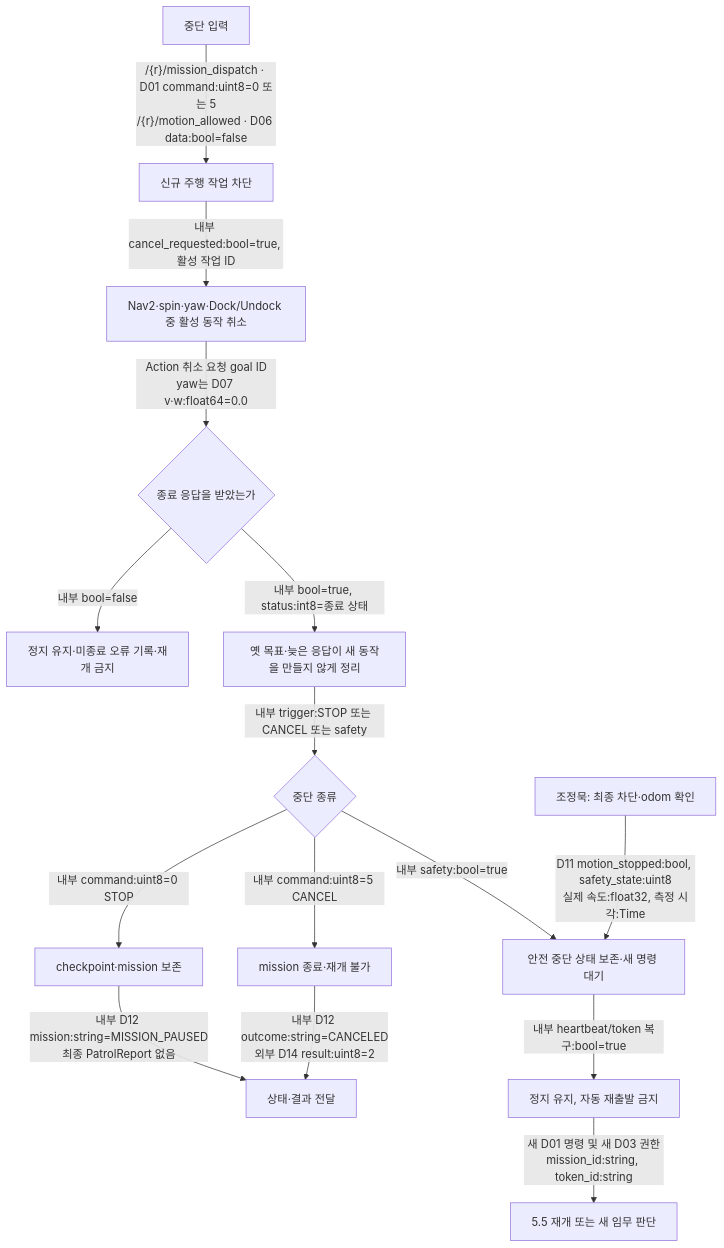
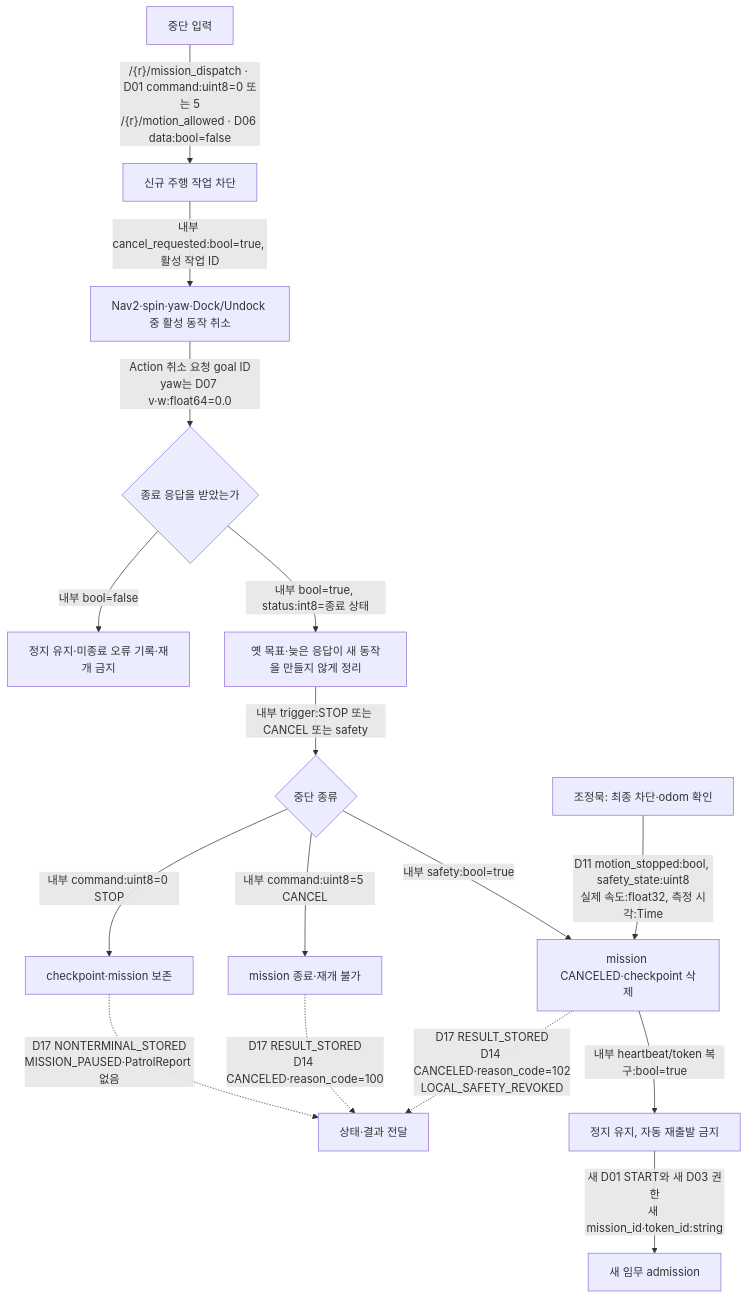
Before and after one commit to suuuhululu/patrol: the ninth of 10 diagrams in docs/amr_patrol_safety_flowchart.md, drawn with Mermaid. The commit also changed other lines of this file and 8 other files, not shown here.

````diff
--- a/docs/amr_patrol_safety_flowchart.md
+++ b/docs/amr_patrol_safety_flowchart.md
@@ -363,17 +409,18 @@
 ```mermaid
 flowchart TD
     I[중단 입력] -->|"/{r}/mission_dispatch · D01 command:uint8=0 또는 5<br/>/{r}/motion_allowed · D06 data:bool=false"| B[신규 주행 작업 차단]
     B -->|"내부 cancel_requested:bool=true, 활성 작업 ID"| C[Nav2·spin·yaw·Dock/Undock 중 활성 동작 취소]
     C -->|"Action 취소 요청 goal ID<br/>yaw는 D07 v·w:float64=0.0"| A{종료 응답을 받았는가}
     A -->|"내부 bool=false"| W[정지 유지·미종료 오류 기록·재개 금지]
     A -->|"내부 bool=true, status:int8=종료 상태"| K[옛 목표·늦은 응답이 새 동작을 만들지 않게 정리]
     K -->|"내부 trigger:STOP 또는 CANCEL 또는 safety"| T{중단 종류}
     T -->|"내부 command:uint8=0 STOP"| P[checkpoint·mission 보존]
-    P -->|"내부 D12 mission:string=MISSION_PAUSED<br/>최종 PatrolReport 없음"| O[상태·결과 전달]
+    P -.->|"D17 NONTERMINAL_STORED<br/>MISSION_PAUSED·PatrolReport 없음"| O[상태·결과 전달]
     T -->|"내부 command:uint8=5 CANCEL"| F[mission 종료·재개 불가]
-    F -->|"내부 D12 outcome:string=CANCELED<br/>외부 D14 result:uint8=2"| O
-    T -->|"내부 safety:bool=true"| H[안전 중단 상태 보존·새 명령 대기]
+    F -.->|"D17 RESULT_STORED<br/>D14 CANCELED·reason_code=100"| O
+    T -->|"내부 safety:bool=true"| H[mission CANCELED·checkpoint 삭제]
+    H -.->|"D17 RESULT_STORED<br/>D14 CANCELED·reason_code=102<br/>LOCAL_SAFETY_REVOKED"| O
     S[조정묵: 최종 차단·odom 확인] -->|"D11 motion_stopped:bool, safety_state:uint8<br/>실제 속도:float32, 측정 시각:Time"| H
     H -->|"내부 heartbeat/token 복구:bool=true"| N[정지 유지, 자동 재출발 금지]
-    N -->|"새 D01 명령 및 새 D03 권한<br/>mission_id:string, token_id:string"| R[5.5 재개 또는 새 임무 판단]
+    N -->|"새 D01 START와 새 D03 권한<br/>새 mission_id·token_id:string"| R[새 임무 admission]
 ```
````
